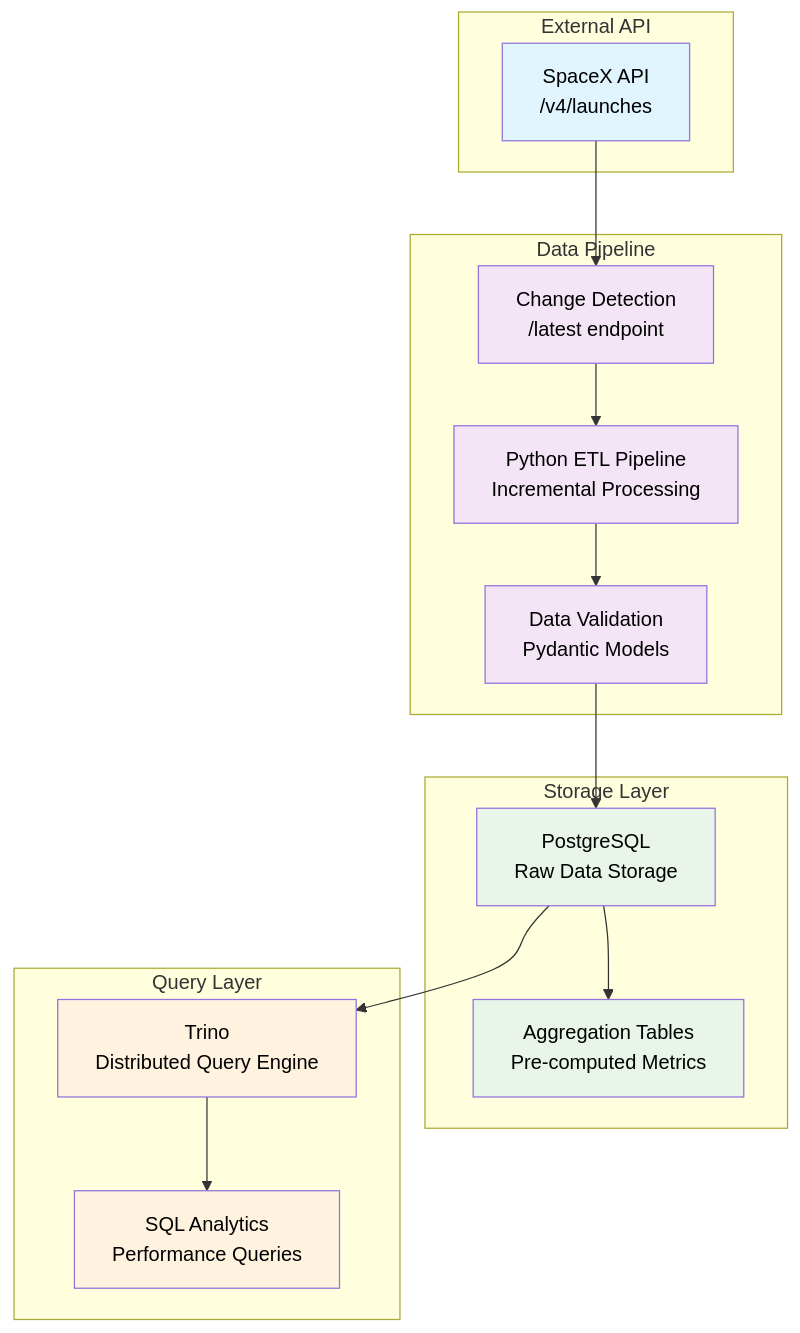
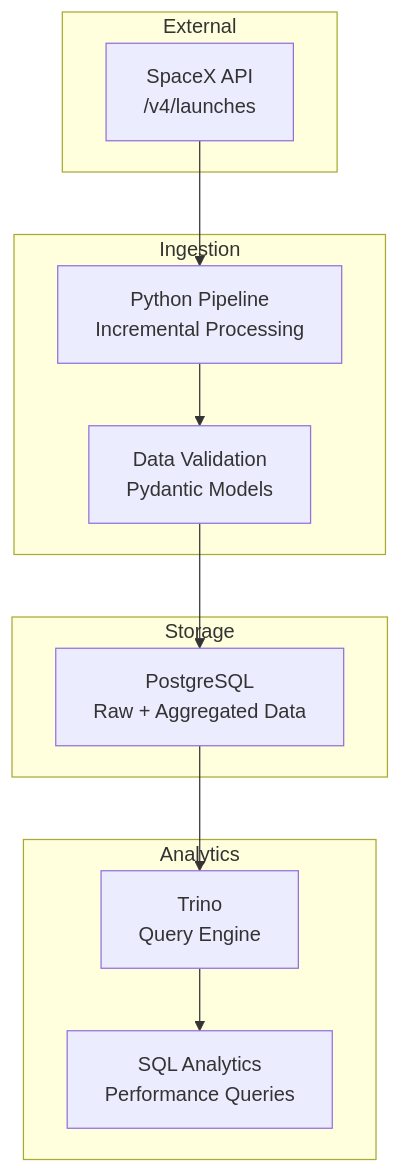
Before and after one commit to Nesher123/spacex-data-engineering-pipeline: the first of 2 diagrams in README.md, drawn with Mermaid. The commit also changed other lines of this file, not shown here.

````diff
--- a/README.md
+++ b/README.md
@@ -11,40 +13,26 @@
 ```mermaid
 graph TB
-    subgraph "External API"
+    subgraph "External"
         API["SpaceX API<br/>/v4/launches"]
     end
     
-    subgraph "Data Pipeline"
-        ETL["Python ETL Pipeline<br/>Incremental Processing"]
+    subgraph "Ingestion"
+        ETL["Python Pipeline<br/>Incremental Processing"]
         VALID["Data Validation<br/>Pydantic Models"]
-        DETECT["Change Detection<br/>/latest endpoint"]
     end
     
-    subgraph "Storage Layer"
-        PG["PostgreSQL<br/>Raw Data Storage"]
-        AGG["Aggregation Tables<br/>Pre-computed Metrics"]
+    subgraph "Storage"
+        PG["PostgreSQL<br/>Raw + Aggregated Data"]
     end
     
-    subgraph "Query Layer"
-        TRINO["Trino<br/>Distributed Query Engine"]
+    subgraph "Analytics"
+        TRINO["Trino<br/>Query Engine"]
         SQL["SQL Analytics<br/>Performance Queries"]
     end
     
-    API --> DETECT
-    DETECT --> ETL
+    API --> ETL
     ETL --> VALID
     VALID --> PG
-    PG --> AGG
     PG --> TRINO
     TRINO --> SQL
-    
-    classDef api fill:#e1f5fe,color:#000000
-    classDef pipeline fill:#f3e5f5,color:#000000
-    classDef storage fill:#e8f5e8,color:#000000
-    classDef query fill:#fff3e0,color:#000000
-    
-    class API api
-    class ETL,VALID,DETECT pipeline
-    class PG,AGG storage
-    class TRINO,SQL query
 ```
````
